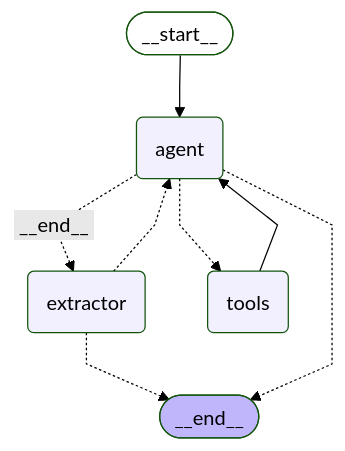
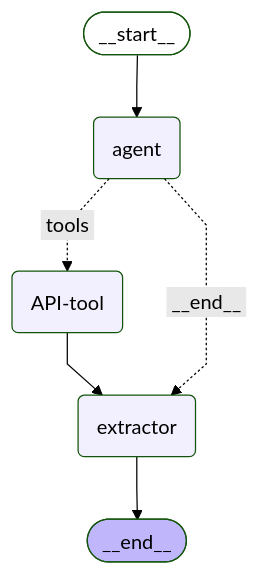
One commit to nicholascpark/Claims-Handler-Agent-v1 changed the diagram in graph.mmd. Above: the diagram before and after it, drawn with Mermaid (forest theme). The commit also changed 14 other files, not shown here.

```diff
--- a/graph.mmd
+++ b/graph.mmd
@@ -1,21 +1,19 @@
 ---
 config:
   flowchart:
     curve: linear
 ---
 graph TD;
 	__start__([<p>__start__</p>]):::first
 	agent(agent)
 	extractor(extractor)
-	tools(tools)
+	API-tool(API-tool)
 	__end__([<p>__end__</p>]):::last
+	API-tool --> extractor;
 	__start__ --> agent;
+	agent -. &nbsp;tools&nbsp; .-> API-tool;
 	agent -. &nbsp;__end__&nbsp; .-> extractor;
-	agent -.-> tools;
-	extractor -.-> __end__;
-	extractor -.-> agent;
-	tools --> agent;
-	agent -.-> __end__;
+	extractor --> __end__;
 	classDef default fill:#f2f0ff,line-height:1.2
 	classDef first fill-opacity:0
 	classDef last fill:#bfb6fc
```
